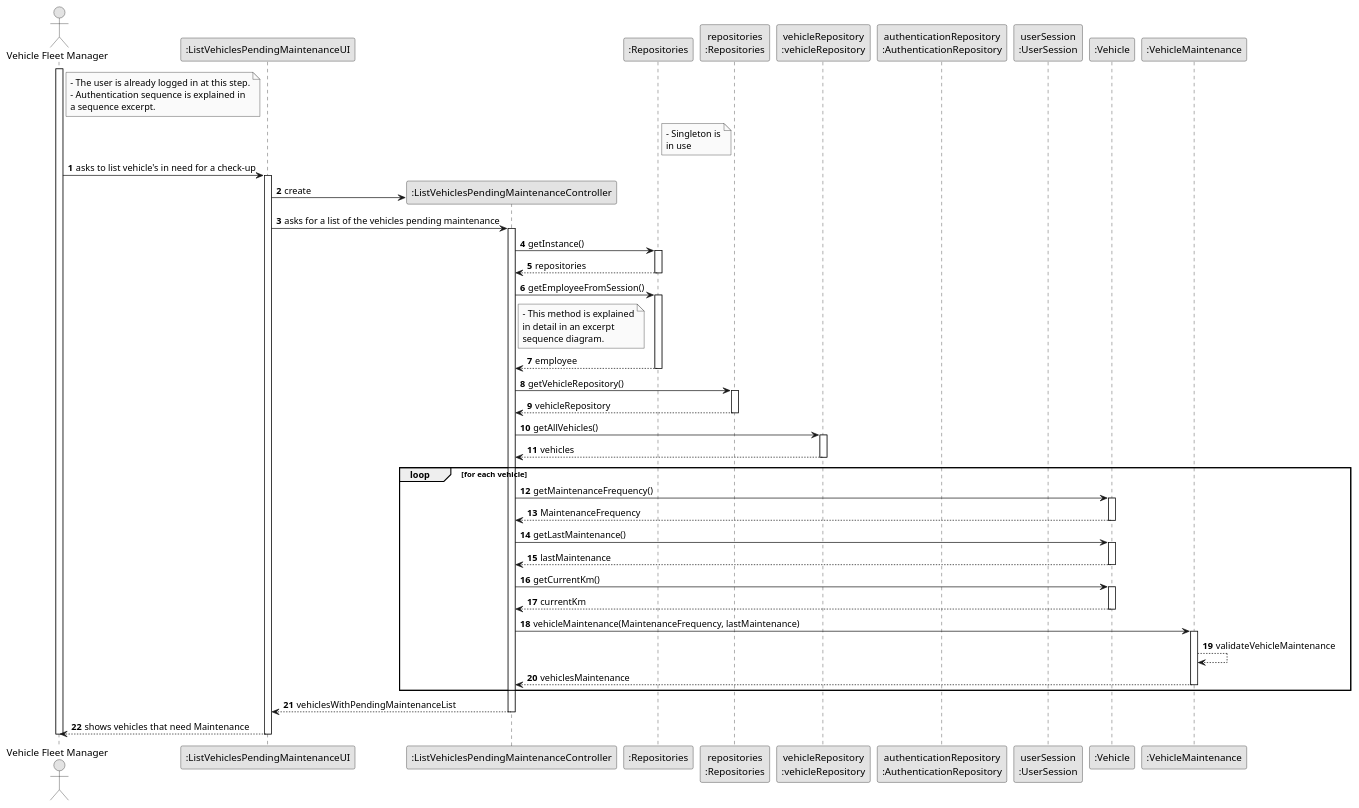
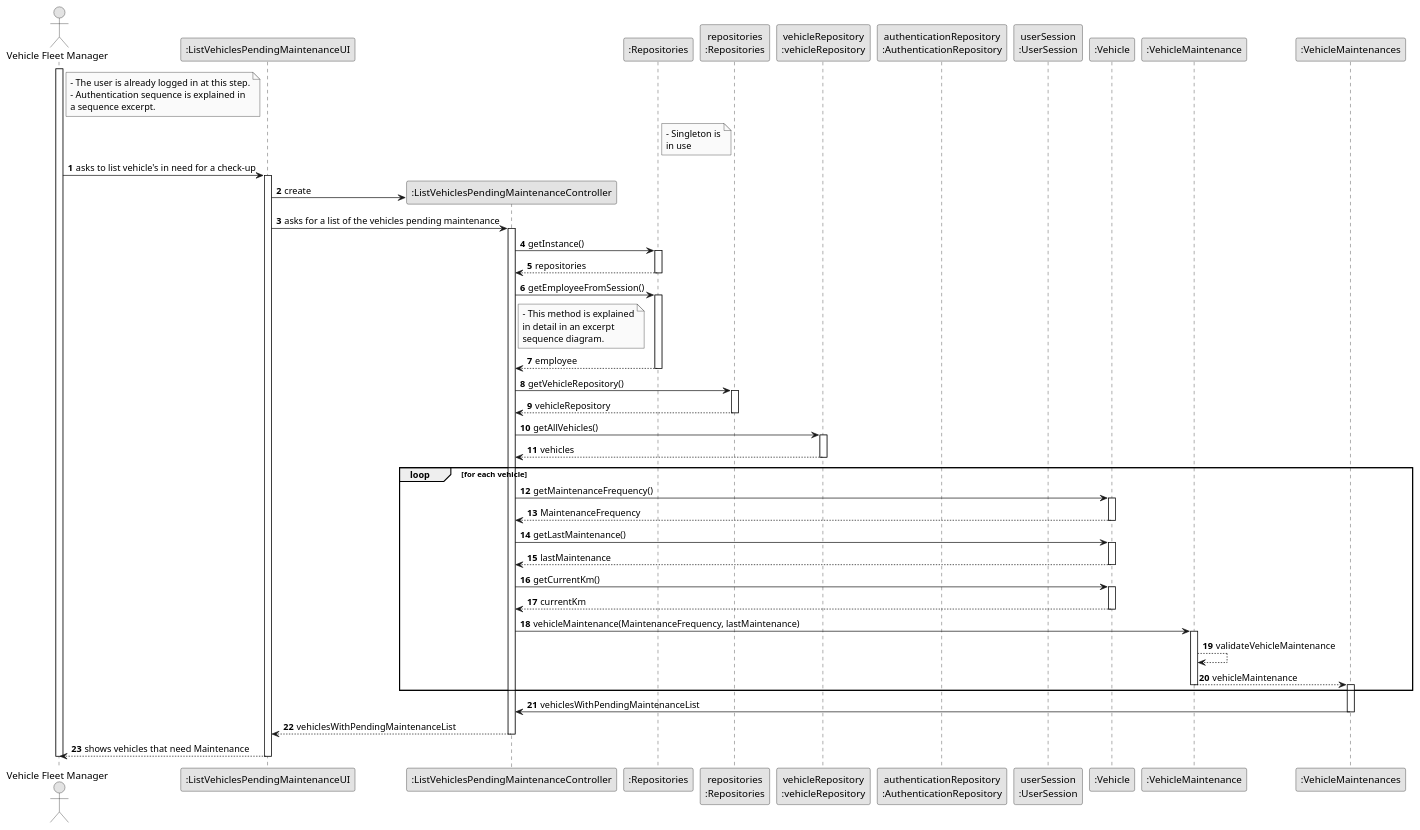
Before and after one commit to Paulo-Pereira-at-ISEP/lei-24-s2-1nanb-g321: the diagram in docs/sprintC/us08/03.design/puml/us08-sequence-diagram-full.puml, drawn with PlantUML. The commit also changed 1 other file, not shown here.

```diff
--- a/docs/sprintC/us08/03.design/puml/us08-sequence-diagram-full.puml
+++ b/docs/sprintC/us08/03.design/puml/us08-sequence-diagram-full.puml
@@ -1,112 +1,117 @@
 @startuml
 skinparam monochrome true
 skinparam packageStyle rectangle
 skinparam shadowing false
 
 autonumber
 
 'hide footbox
 actor "Vehicle Fleet Manager" as VFM
 participant ":ListVehiclesPendingMaintenanceUI" as UI
 participant ":ListVehiclesPendingMaintenanceController" as controller
 participant ":Repositories" as singleton
 participant "repositories\n:Repositories" as rep
 participant "vehicleRepository\n:vehicleRepository" as vehicleRepository
 participant "authenticationRepository\n:AuthenticationRepository" as AUTH_REPO
 participant "userSession\n:UserSession" as USR_SESSION
 participant ":Vehicle" as vehicle
 participant ":VehicleMaintenance" as VehicleMaintenance
+participant ":VehicleMaintenances" as VehicleMaintenances
 
 note right of VFM
     - The user is already logged in at this step.
     - Authentication sequence is explained in
     a sequence excerpt.
 end note
 
 note right of singleton
     - Singleton is
     in use
 end note
 
 activate VFM
 
         VFM -> UI :asks to list vehicle's in need for a check-up
 
         activate UI
 
             UI -> controller** : create
 
             UI -> controller : asks for a list of the vehicles pending maintenance
             activate controller
 
                 controller -> singleton : getInstance()
                 activate singleton
 
                     singleton --> controller: repositories
                 deactivate singleton
 
                 controller -> singleton : getEmployeeFromSession()
 
                 note right of controller
                     - This method is explained
                     in detail in an excerpt
                     sequence diagram.
                 end note
 
                 activate singleton
 
                 singleton --> controller : employee
 
                 deactivate singleton
 
                 controller -> rep : getVehicleRepository()
                 activate rep
 
                     rep --> controller: vehicleRepository
                 deactivate rep
 
                 controller -> vehicleRepository : getAllVehicles()
                 activate vehicleRepository
 
                     vehicleRepository --> controller : vehicles
                 deactivate vehicleRepository
 
                 loop for each vehicle
 
                 controller -> vehicle: getMaintenanceFrequency()
                 activate vehicle
 
                 vehicle --> controller: MaintenanceFrequency
                 deactivate vehicle
 
                 controller -> vehicle: getLastMaintenance()
                 activate vehicle
 
                 vehicle --> controller: lastMaintenance
                 deactivate vehicle
 
                 controller -> vehicle: getCurrentKm()
                 activate vehicle
 
                 vehicle --> controller: currentKm
                 deactivate vehicle
 
                 controller -> VehicleMaintenance: vehicleMaintenance(MaintenanceFrequency, lastMaintenance)
                 activate VehicleMaintenance
 
                 VehicleMaintenance --> VehicleMaintenance: validateVehicleMaintenance
 
-                VehicleMaintenance --> controller: vehiclesMaintenance
+                VehicleMaintenance --> VehicleMaintenances: vehicleMaintenance
                 deactivate VehicleMaintenance
+                activate VehicleMaintenances
 
                 end
+
+                VehicleMaintenances -> controller: vehiclesWithPendingMaintenanceList
+                deactivate VehicleMaintenances
 
                 controller --> UI : vehiclesWithPendingMaintenanceList
             deactivate controller
 
             UI --> VFM : shows vehicles that need Maintenance
         deactivate UI
 
 deactivate VFM
 
 @enduml
```
